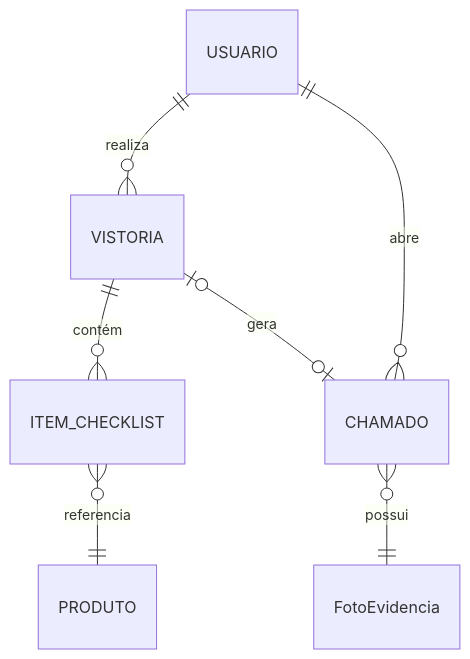
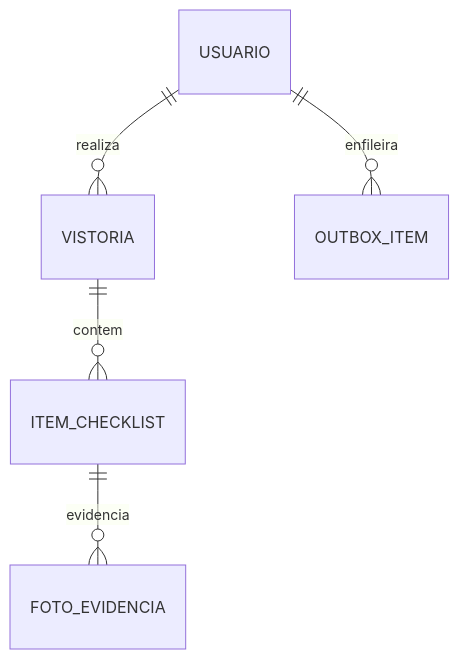
The third of 9 diagrams in docs/documento-software.md (JpCobraC/SindiFlow), drawn with Mermaid before and after one commit. The commit also changed other lines of this file and 5 other files, not shown here.

````diff
--- a/docs/documento-software.md
+++ b/docs/documento-software.md
@@ -219,9 +456,7 @@
 ```mermaid
 erDiagram
     USUARIO ||--o{ VISTORIA : realiza
-    VISTORIA ||--o{ ITEM_CHECKLIST : contém
-    ITEM_CHECKLIST }o--|| PRODUTO : referencia
-    USUARIO ||--o{ CHAMADO : abre
-    VISTORIA |o--o| CHAMADO : gera
-    CHAMADO }o--|| FotoEvidencia : possui
+    USUARIO ||--o{ OUTBOX_ITEM : enfileira
+    VISTORIA ||--o{ ITEM_CHECKLIST : contem
+    ITEM_CHECKLIST ||--o{ FOTO_EVIDENCIA : evidencia
 ```
````
